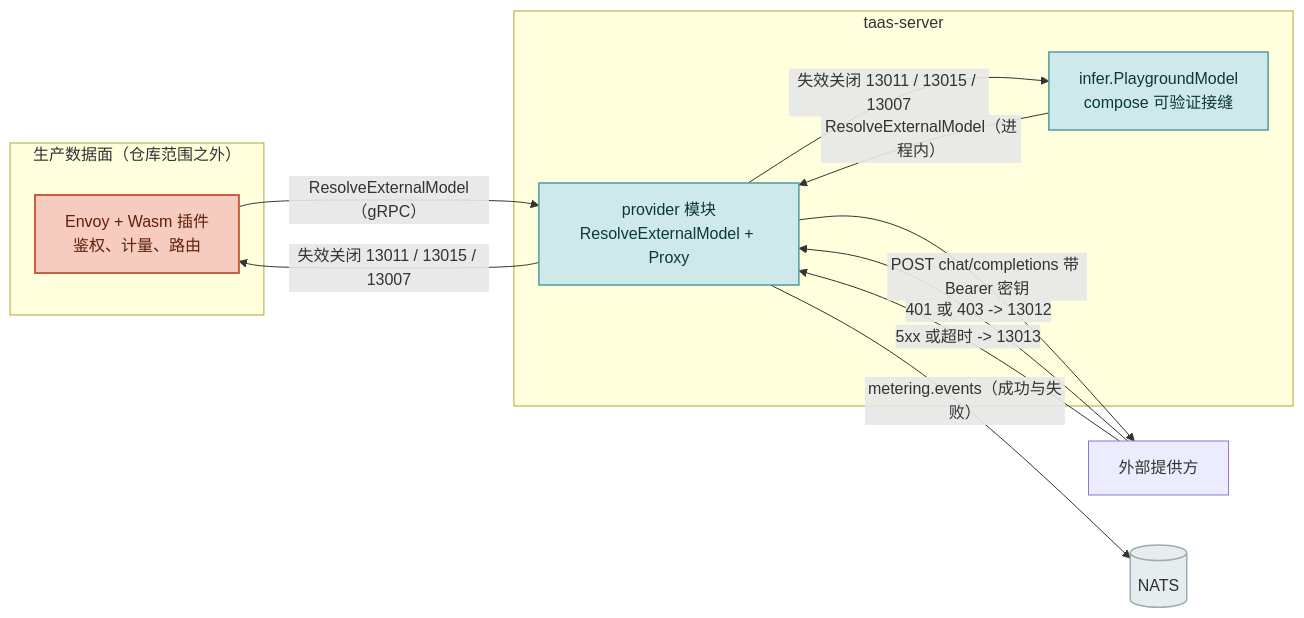
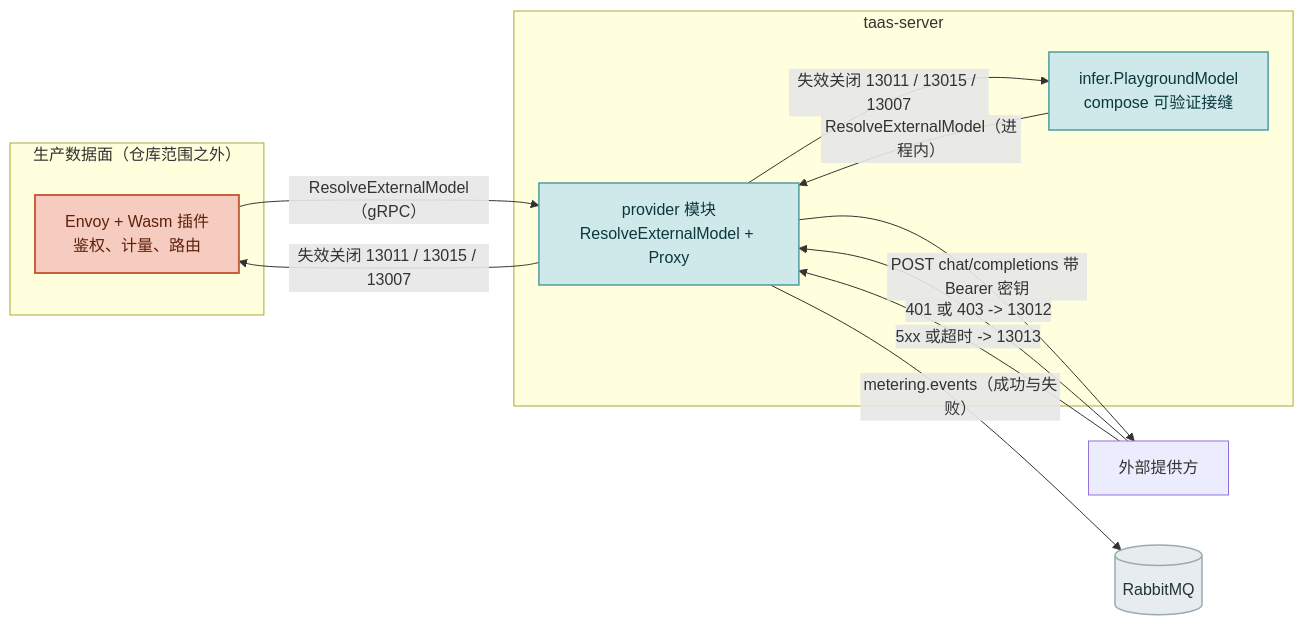
Before and after one commit to go-taas/go-taas: the second of 7 diagrams in site/docs/architecture/external-model-providers.zh-cn.md, drawn with Mermaid. The commit also changed other lines of this file and 35 other files, not shown here.

First line of the commit message:
docs: replace NATS with RabbitMQ across docs

````diff
--- a/site/docs/architecture/external-model-providers.zh-cn.md
+++ b/site/docs/architecture/external-model-providers.zh-cn.md
@@ -154,27 +154,27 @@
 ```mermaid
 flowchart LR
     subgraph dataplane["生产数据面（仓库范围之外）"]
         WASM["Envoy + Wasm 插件<br/>鉴权、计量、路由"]
     end
     subgraph control["taas-server"]
         INF["infer.PlaygroundModel<br/>compose 可验证接缝"]
         PV["provider 模块<br/>ResolveExternalModel + Proxy"]
     end
     PR["外部提供方"]
 
     WASM -->|"ResolveExternalModel（gRPC）"| PV
     INF -->|"ResolveExternalModel（进程内）"| PV
     PV -->|"失效关闭 13011 / 13015 / 13007"| WASM
     PV -->|"失效关闭 13011 / 13015 / 13007"| INF
     PV -->|"POST chat/completions 带 Bearer 密钥"| PR
     PR -->|"401 或 403 -> 13012"| PV
     PR -->|"5xx 或超时 -> 13013"| PV
-    PV -->|"metering.events（成功与失败）"| MQ[("NATS")]
+    PV -->|"metering.events（成功与失败）"| MQ[("RabbitMQ")]
     classDef edge fill:#007F86,stroke:#00565C,stroke-width:2px,color:#FFFFFF
     classDef svc fill:#CFE9EA,stroke:#4E9CA0,stroke-width:1.5px,color:#0B383D
     classDef dpg fill:#F6CCC0,stroke:#C4623F,stroke-width:2px,color:#5F200A
     classDef store fill:#E7ECEE,stroke:#9AACB1,stroke-width:1.5px,color:#23343A
     class WASM dpg
     class PV,INF svc
     class MQ store
 ```
````
